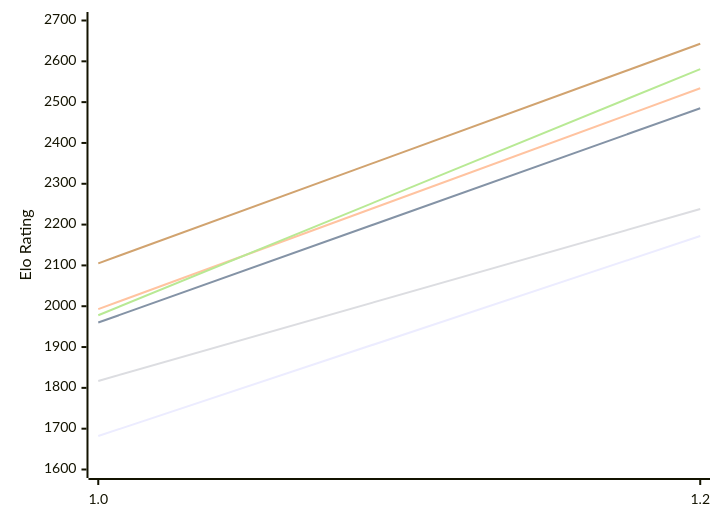
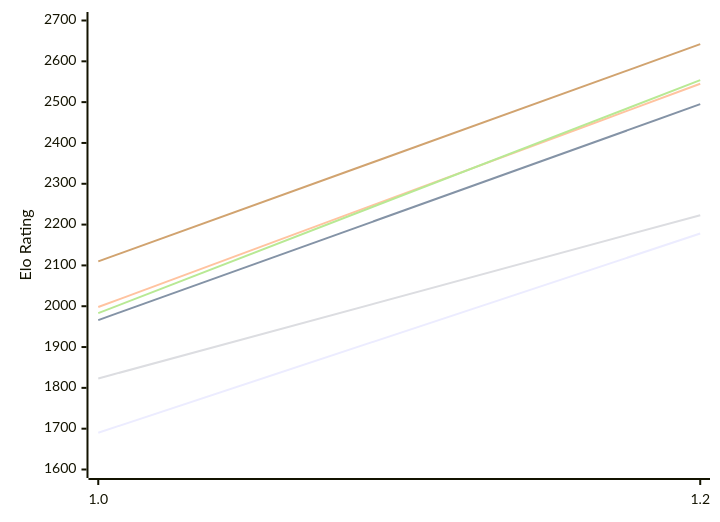
The first of 2 diagrams in engines/Echekinator.md (computer-chess-index/cci), drawn with Mermaid before and after one commit. The commit also changed other lines of this file, not shown here.

Commit message:
Update CCI Ratings (ELO VLTC) - 2026-10-16

````diff
--- a/engines/Echekinator.md
+++ b/engines/Echekinator.md
@@ -50,12 +50,12 @@
 ```mermaid
 %%{init: {"theme":"base","themeVariables":{"seriesColors:['#a3a3a3','#222221','#faa371']}}}%%
 xychart-beta
   x-axis ["1.0", "1.2"]
   y-axis "Elo Rating" 1600 --> 2700
-  line "E1: STC (8.0+0.08s)" [1682, 2172]
-  line "E1: LTC (60.0+0.60s)" [1960, 2485]
-  line "E1: VLTC (2m24s+1.12s)" [1993, 2534]
-  line "P1: STC (8.0+0.08s)" [1817, 2238]
-  line "P1: LTC (60.0+0.60s)" [1978, 2581]
-  line "P1: VLTC (2m24s+1.12s)" [2105, 2643]
+  line "E1: STC (8.0+0.08s)" [1690, 2178]
+  line "E1: LTC (60.0+0.60s)" [1966, 2495]
+  line "E1: VLTC (2m24s+1.12s)" [1998, 2545]
+  line "P1: STC (8.0+0.08s)" [1823, 2223]
+  line "P1: LTC (60.0+0.60s)" [1983, 2554]
+  line "P1: VLTC (2m24s+1.12s)" [2110, 2642]
 ```
````
